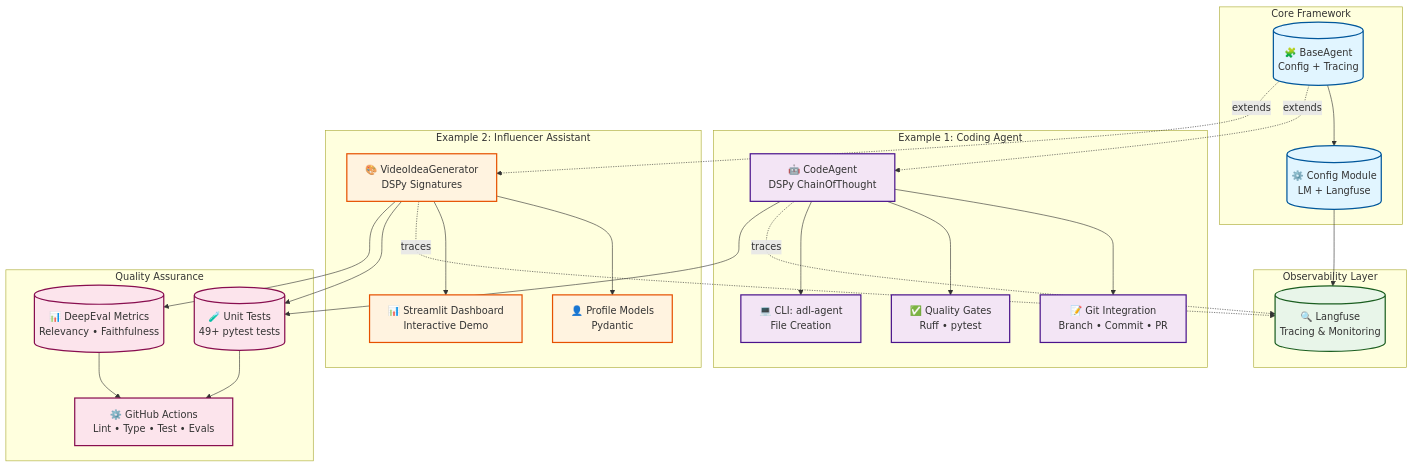
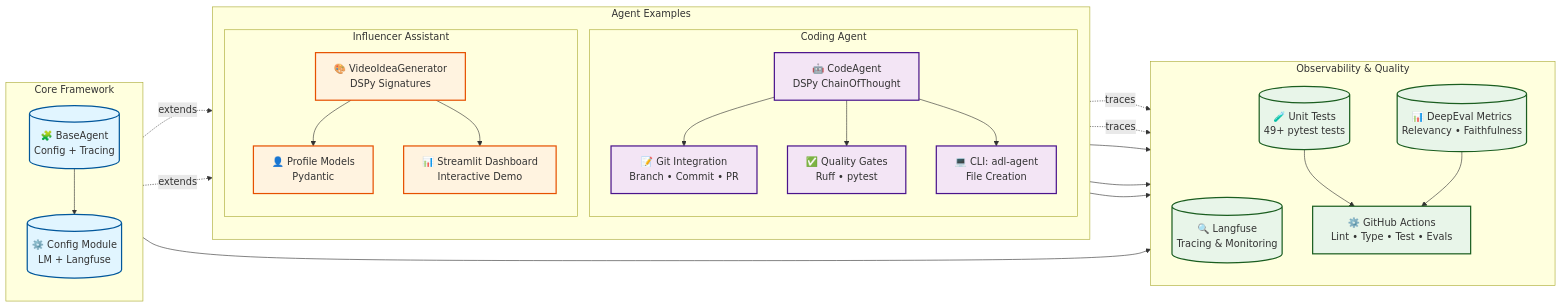
The diagram in docs/architecture.mmd (ammons-datalabs/observable-agent-starter), drawn with Mermaid before and after one commit. The commit also changed 3 other files, not shown here.

First line of the commit message:
docs: update README accuracy and architecture diagram

```diff
--- a/docs/architecture.mmd
+++ b/docs/architecture.mmd
@@ -1,65 +1,67 @@
-graph TB
-    subgraph "Core Framework"
+graph LR
+    %% Core Framework (Left)
+    subgraph Core["Core Framework"]
+        direction TB
         BaseAgent[("🧩 BaseAgent<br/>Config + Tracing")]
         Config[("⚙️ Config Module<br/>LM + Langfuse")]
+        BaseAgent --> Config
     end
 
-    subgraph "Example 1: Coding Agent"
-        CodingAgent["🤖 CodeAgent<br/>DSPy ChainOfThought"]
-        GitWorkflow["📝 Git Integration<br/>Branch • Commit • PR"]
-        QualityGates["✅ Quality Gates<br/>Ruff • pytest"]
-        CLI1["💻 CLI: adl-agent<br/>File Creation"]
+    %% Examples (Middle)
+    subgraph Examples["Agent Examples"]
+        direction TB
+        subgraph Coding["Coding Agent"]
+            CodingAgent["🤖 CodeAgent<br/>DSPy ChainOfThought"]
+            GitWorkflow["📝 Git Integration<br/>Branch • Commit • PR"]
+            QualityGates["✅ Quality Gates<br/>Ruff • pytest"]
+            CLI1["💻 CLI: adl-agent<br/>File Creation"]
+        end
+
+        subgraph Influencer["Influencer Assistant"]
+            InfluencerAgent["🎨 VideoIdeaGenerator<br/>DSPy Signatures"]
+            ProfileModel["👤 Profile Models<br/>Pydantic"]
+            Dashboard["📊 Streamlit Dashboard<br/>Interactive Demo"]
+        end
     end
 
-    subgraph "Example 2: Influencer Assistant"
-        InfluencerAgent["🎨 VideoIdeaGenerator<br/>DSPy Signatures"]
-        ProfileModel["👤 Profile Models<br/>Pydantic"]
-        Dashboard["📊 Streamlit Dashboard<br/>Interactive Demo"]
-    end
-
-    subgraph "Observability Layer"
+    %% Observability & QA (Right)
+    subgraph ObsQA["Observability & Quality"]
+        direction TB
         Langfuse[("🔍 Langfuse<br/>Tracing & Monitoring")]
-    end
-
-    subgraph "Quality Assurance"
         UnitTests[("🧪 Unit Tests<br/>49+ pytest tests")]
         DeepEval[("📊 DeepEval Metrics<br/>Relevancy • Faithfulness")]
         CI["⚙️ GitHub Actions<br/>Lint • Type • Test • Evals"]
     end
 
-    %% Framework Flow
-    BaseAgent --> Config
-    Config --> Langfuse
+    %% Left to Right Flow: Core -> Examples -> Observability/QA
+    BaseAgent -.extends.-> CodingAgent
+    BaseAgent -.extends.-> InfluencerAgent
 
-    %% Coding Agent Flow
-    BaseAgent -.extends.-> CodingAgent
     CodingAgent --> GitWorkflow
     CodingAgent --> QualityGates
     CodingAgent --> CLI1
-    CodingAgent -.traces.-> Langfuse
 
-    %% Influencer Agent Flow
-    BaseAgent -.extends.-> InfluencerAgent
     InfluencerAgent --> ProfileModel
     InfluencerAgent --> Dashboard
+
+    Config --> Langfuse
+    CodingAgent -.traces.-> Langfuse
     InfluencerAgent -.traces.-> Langfuse
 
-    %% Quality Flow
     CodingAgent --> UnitTests
     InfluencerAgent --> UnitTests
     InfluencerAgent --> DeepEval
     UnitTests --> CI
     DeepEval --> CI
 
     %% Styling
     classDef core fill:#e1f5ff,stroke:#01579b,stroke-width:2px
     classDef coding fill:#f3e5f5,stroke:#4a148c,stroke-width:2px
     classDef influencer fill:#fff3e0,stroke:#e65100,stroke-width:2px
     classDef obs fill:#e8f5e9,stroke:#1b5e20,stroke-width:2px
     classDef qa fill:#fce4ec,stroke:#880e4f,stroke-width:2px
 
     class BaseAgent,Config core
     class CodingAgent,GitWorkflow,QualityGates,CLI1 coding
     class InfluencerAgent,ProfileModel,Dashboard influencer
-    class Langfuse obs
-    class UnitTests,DeepEval,CI qa
+    class Langfuse,UnitTests,DeepEval,CI obs
```
